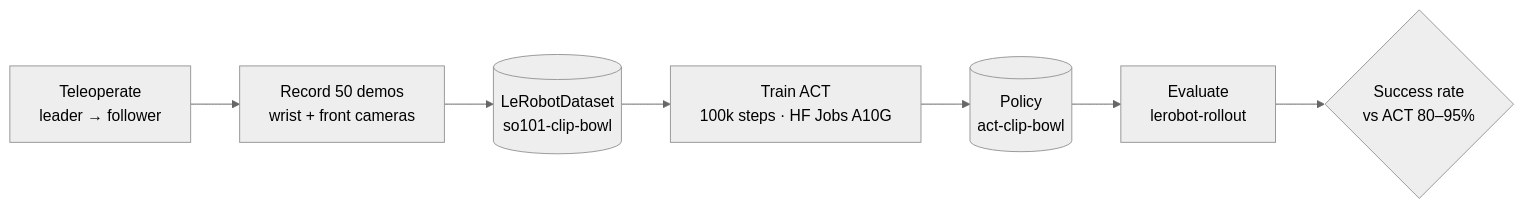
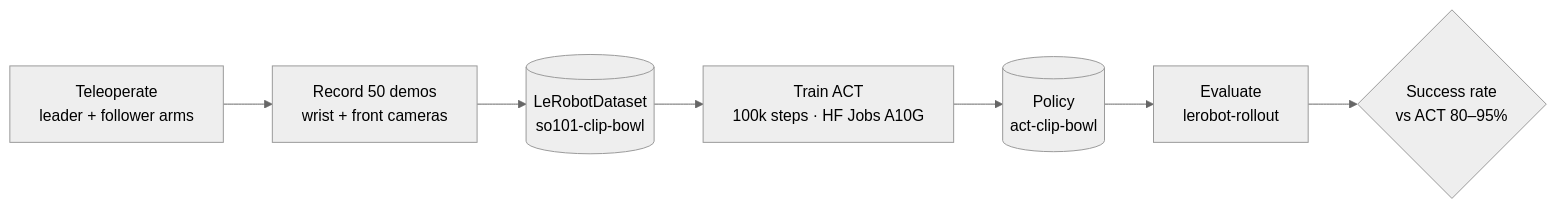
One commit to khushi02/so101-imitation-learning-ACT changed the diagram in README.md. Above: the diagram before and after it, drawn with Mermaid (neutral theme). The commit also changed other lines of this file and 2 other files, not shown here.

````diff
--- a/README.md
+++ b/README.md
@@ -40,9 +44,9 @@
 ```mermaid
 flowchart LR
-  A["Teleoperate<br/>leader → follower"] --> B["Record 50 demos<br/>wrist + front cameras"]
+  A["Teleoperate<br/>leader + follower arms"] --> B["Record 50 demos<br/>wrist + front cameras"]
   B --> C[("LeRobotDataset<br/>so101-clip-bowl")]
   C --> D["Train ACT<br/>100k steps · HF Jobs A10G"]
   D --> E[("Policy<br/>act-clip-bowl")]
   E --> F["Evaluate<br/>lerobot-rollout"]
   F --> G{"Success rate<br/>vs ACT 80–95%"}
 ```
````
